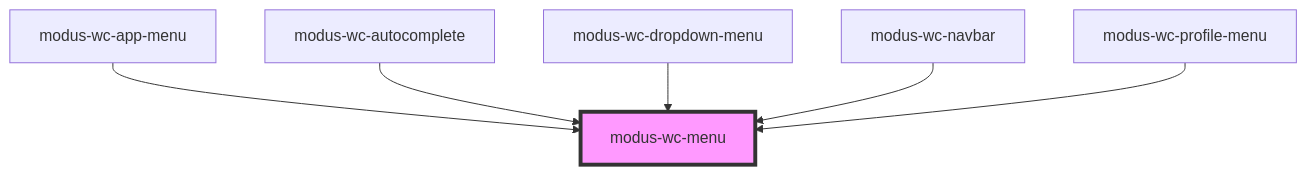
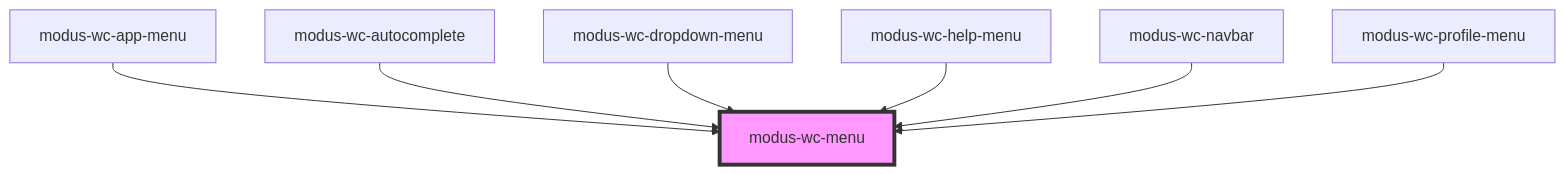
One commit to trimble-oss/modus-wc-2.0 changed the diagram in src/components/modus-wc-menu/readme.md. Above: the diagram before and after it, drawn with Mermaid. The commit also changed other lines of this file and 13 other files, not shown here.

Commit message:
Add help menu component (#1575)

````diff
--- a/src/components/modus-wc-menu/readme.md
+++ b/src/components/modus-wc-menu/readme.md
@@ -45,9 +46,10 @@
 ```mermaid
 graph TD;
   modus-wc-app-menu --> modus-wc-menu
   modus-wc-autocomplete --> modus-wc-menu
   modus-wc-dropdown-menu --> modus-wc-menu
+  modus-wc-help-menu --> modus-wc-menu
   modus-wc-navbar --> modus-wc-menu
   modus-wc-profile-menu --> modus-wc-menu
   style modus-wc-menu fill:#f9f,stroke:#333,stroke-width:4px
 ```
````
